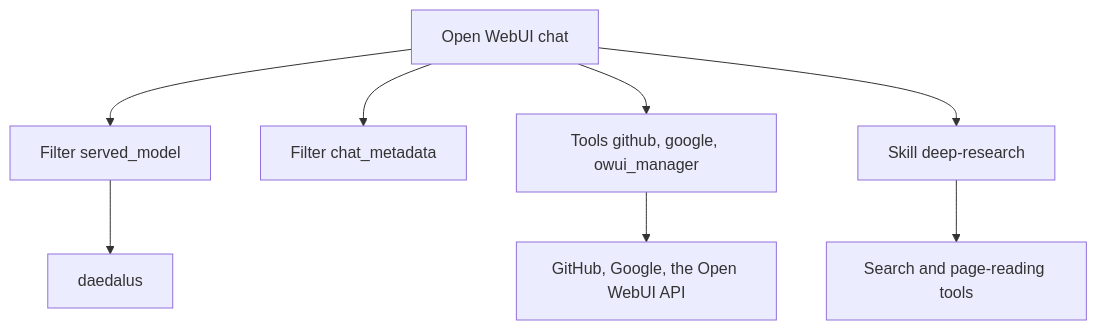
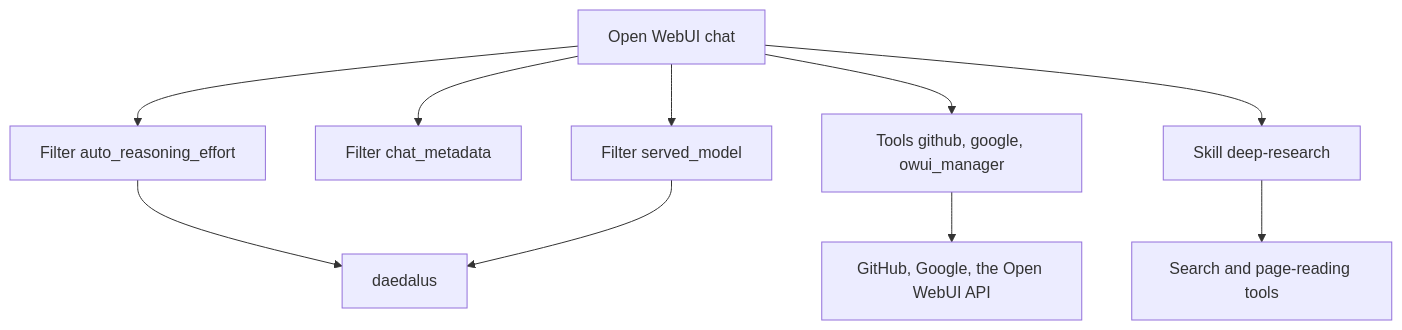
The diagram in docs/integrations/owui.md (nemoe7/daedalus), drawn with Mermaid before and after one commit. The commit also changed other lines of this file and 10 other files, not shown here.

````diff
--- a/docs/integrations/owui.md
+++ b/docs/integrations/owui.md
@@ -16,10 +17,12 @@
 ```mermaid
 flowchart TD
   A[Open WebUI chat] --> B[Filter served_model]
   A --> C[Filter chat_metadata]
   A --> D[Tools github, google, owui_manager]
   A --> E[Skill deep-research]
+  A --> I[Filter auto_reasoning_effort]
+  I --> F
   B --> F[daedalus]
   D --> G[GitHub, Google, the Open WebUI API]
   E --> H[Search and page-reading tools]
 ```
````
